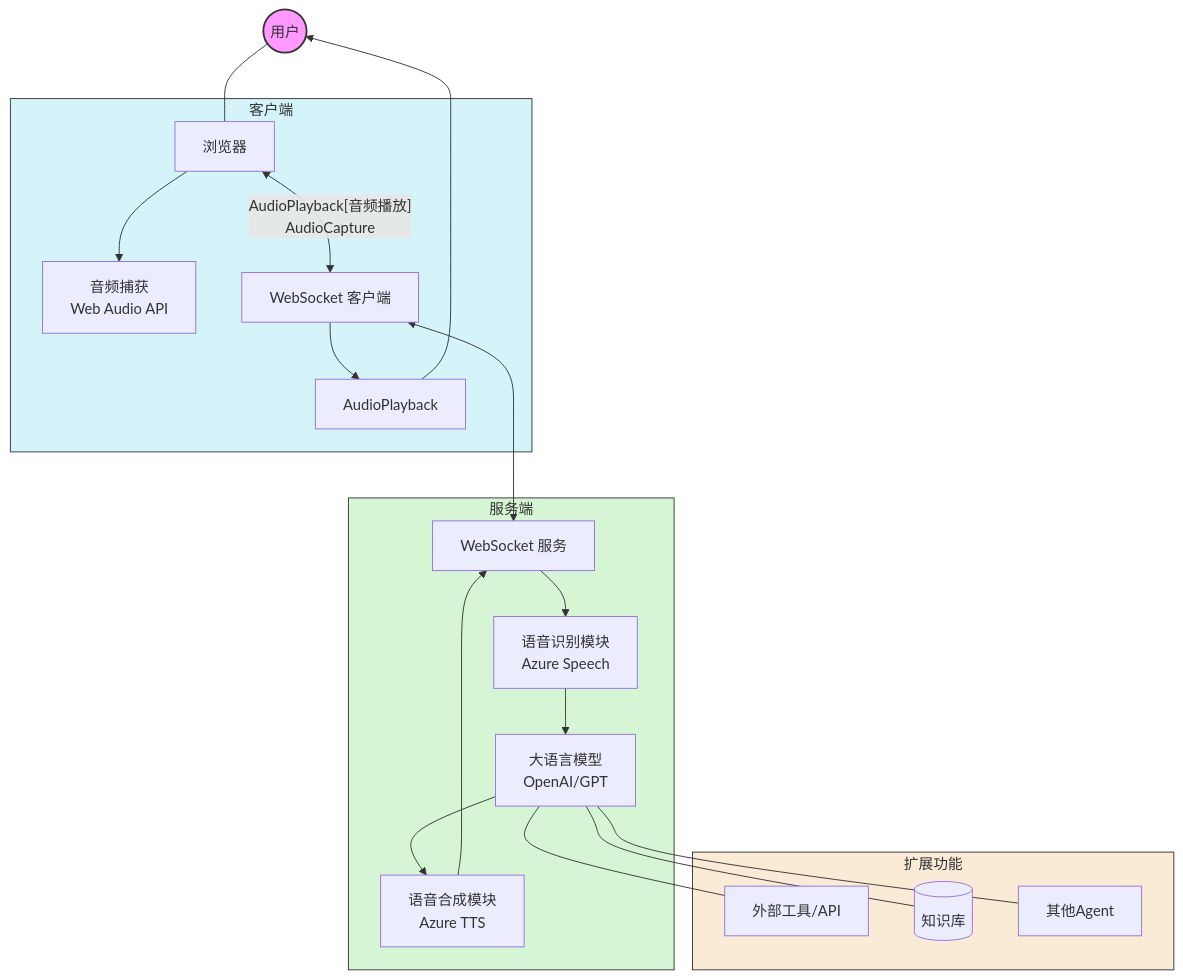
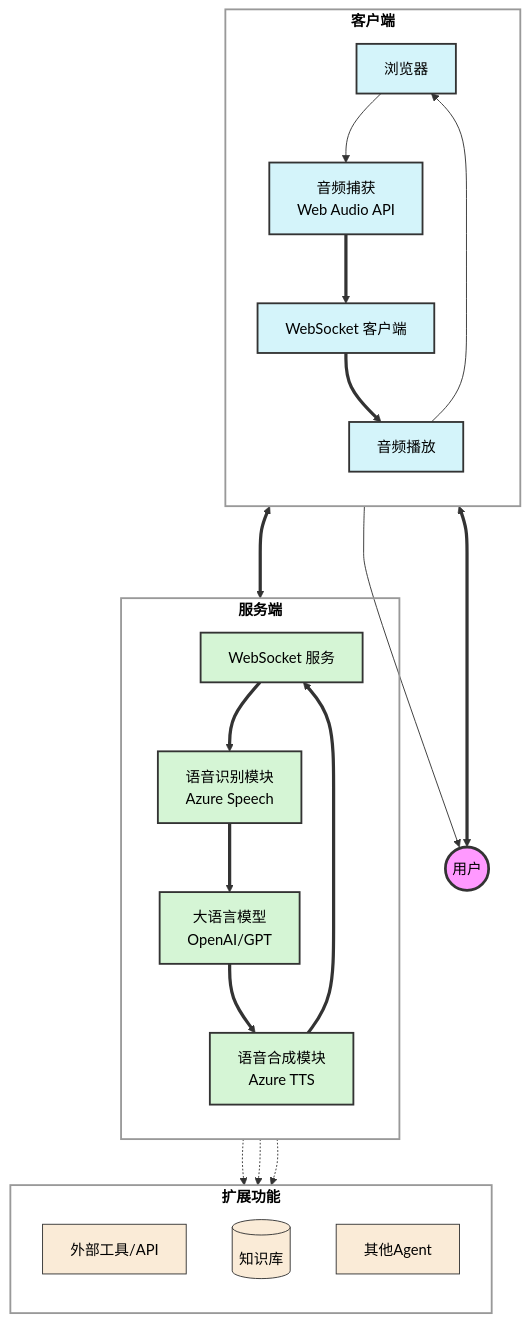
Before and after one commit to chicogong/conversational-agents: the diagram in README.md, drawn with Mermaid.

Commit message:
Refactor system architecture diagram in README.md for clarity and improved visualization. Updated flowchart syntax and added class definitions for better styling and organization.

````diff
--- a/README.md
+++ b/README.md
@@ -87,32 +87,48 @@
 ```mermaid
-graph TD
-    User((用户)) --- Browser[浏览器]
+flowchart TB
+    User((用户))
+    Browser[浏览器]
     
-    subgraph 客户端
-        Browser --> AudioCapture[音频捕获\nWeb Audio API]
-        Browser <-- AudioPlayback[音频播放]
-        AudioCapture --> WSClient[WebSocket 客户端]
-        WSClient --> AudioPlayback
+    subgraph 客户端["客户端"]
+        direction TB
+        Browser --> AudioCapture["音频捕获\nWeb Audio API"]
+        AudioPlayback["音频播放"] --> Browser
+        AudioCapture ==> WSClient["WebSocket 客户端"]
+        WSClient ==> AudioPlayback
     end
     
-    subgraph 服务端
-        WSClient <---> WSServer[WebSocket 服务]
-        WSServer --> ASR[语音识别模块\nAzure Speech]
-        ASR --> LLM[大语言模型\nOpenAI/GPT]
-        LLM --> TTS[语音合成模块\nAzure TTS]
-        TTS --> WSServer
+    subgraph 服务端["服务端"]
+        direction TB
+        WSServer["WebSocket 服务"] ==> ASR["语音识别模块\nAzure Speech"]
+        ASR ==> LLM["大语言模型\nOpenAI/GPT"]
+        LLM ==> TTS["语音合成模块\nAzure TTS"]
+        TTS ==> WSServer
     end
     
+    User <===> Browser
+    WSClient <===> WSServer
     AudioPlayback --> User
     
-    subgraph 扩展功能
-        LLM --- Tools[外部工具/API]
-        LLM --- KnowledgeBase[(知识库)]
-        LLM --- Agents[其他Agent]
+    subgraph 扩展功能["扩展功能"]
+        direction TB
+        Tools["外部工具/API"]
+        KnowledgeBase[(知识库)]
+        Agents["其他Agent"]
     end
     
-    style User fill:#f9f,stroke:#333,stroke-width:2px
-    style 客户端 fill:#d4f4fa,stroke:#333,stroke-width:1px
-    style 服务端 fill:#d5f5d5,stroke:#333,stroke-width:1px
-    style 扩展功能 fill:#faebd7,stroke:#333,stroke-width:1px
+    LLM -.-> Tools
+    LLM -.-> KnowledgeBase
+    LLM -.-> Agents
+    
+    classDef userNode fill:#f9f,stroke:#333,stroke-width:3px,color:#000
+    classDef clientNodes fill:#d4f4fa,stroke:#333,stroke-width:2px,color:#000
+    classDef serverNodes fill:#d5f5d5,stroke:#333,stroke-width:2px,color:#000
+    classDef extensionNodes fill:#faebd7,stroke:#333,stroke-width:1px,color:#000
+    classDef subgraphStyle fill:none,stroke:#999,stroke-width:2px,color:#000,font-weight:bold
+    
+    class User userNode
+    class AudioCapture,AudioPlayback,WSClient,Browser clientNodes
+    class WSServer,ASR,LLM,TTS serverNodes
+    class Tools,KnowledgeBase,Agents extensionNodes
+    class 客户端,服务端,扩展功能 subgraphStyle
 ```
````
